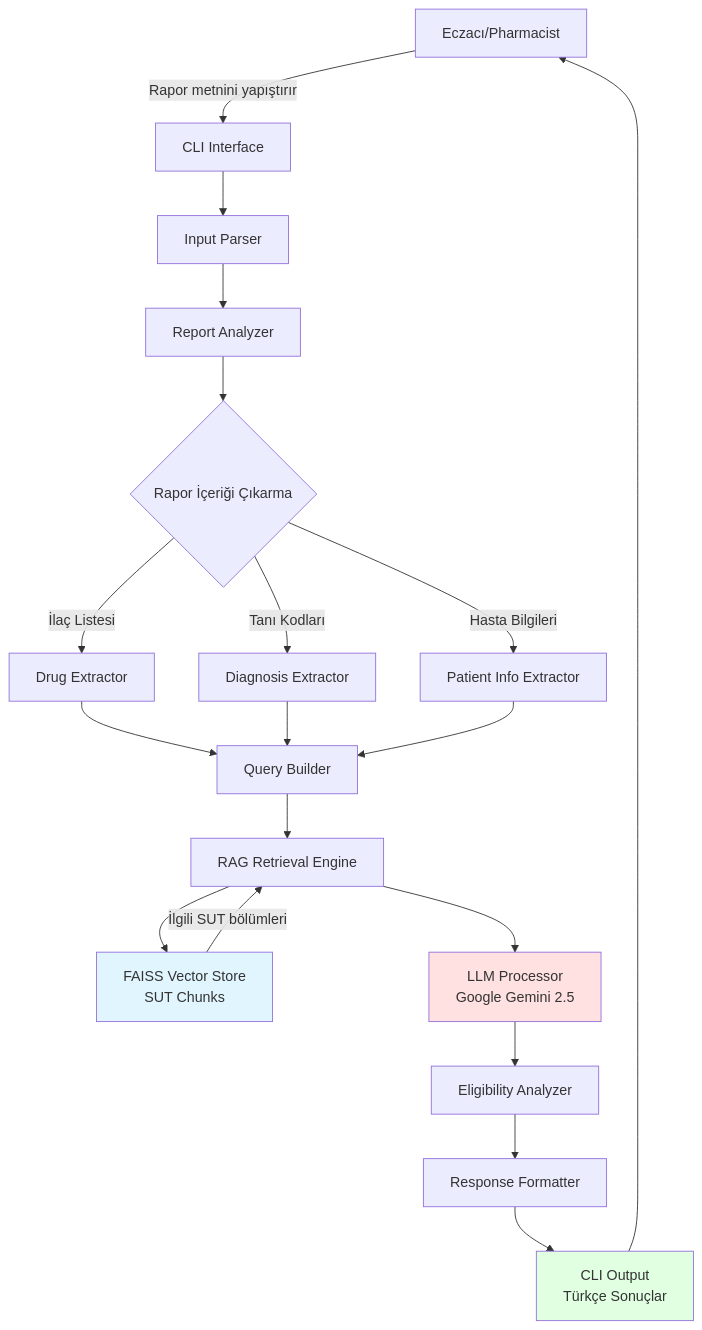
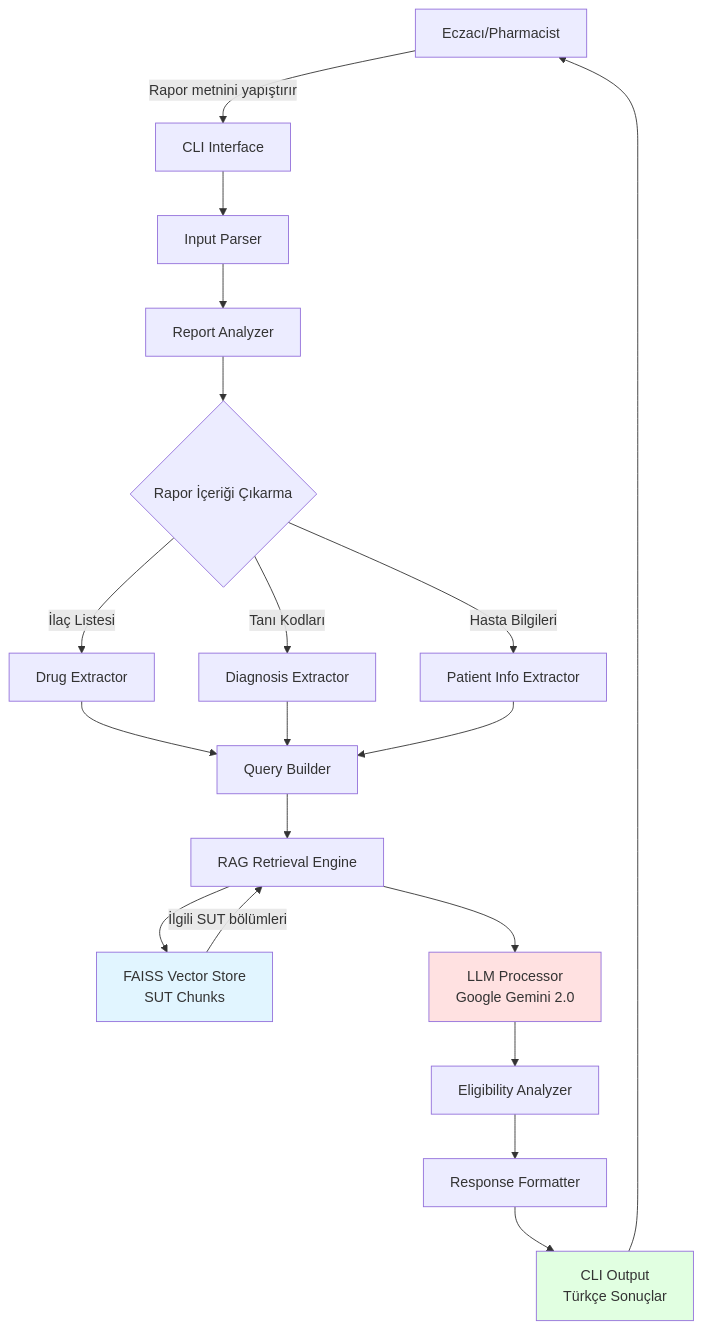
One commit to ozgurgulsoy/Pharmacy-Agent changed the first of 2 diagrams in architecture.md. Above: the diagram before and after it, drawn with Mermaid. The commit also changed other lines of this file and 1 other file, not shown here.

Commit message:
feat: Update LLM model to Google Gemini 2.0 for improved performance and consistency across documentation

````diff
--- a/architecture.md
+++ b/architecture.md
@@ -27,28 +27,28 @@
 ```mermaid
 graph TB
     A[Eczacı/Pharmacist] -->|Rapor metnini yapıştırır| B[CLI Interface]
     B --> C[Input Parser]
     C --> D[Report Analyzer]
     D --> E{Rapor İçeriği Çıkarma}
     E -->|İlaç Listesi| F[Drug Extractor]
     E -->|Tanı Kodları| G[Diagnosis Extractor]
     E -->|Hasta Bilgileri| H[Patient Info Extractor]
     
     F --> I[Query Builder]
     G --> I
     H --> I
     
     I --> J[RAG Retrieval Engine]
     J --> K[FAISS Vector Store<br/>SUT Chunks]
     K -->|İlgili SUT bölümleri| J
     
-    J --> L[LLM Processor<br/>Google Gemini 2.5]
+    J --> L[LLM Processor<br/>Google Gemini 2.0]
     L --> M[Eligibility Analyzer]
     M --> N[Response Formatter]
     N --> O[CLI Output<br/>Türkçe Sonuçlar]
     O --> A
     
     style K fill:#e1f5ff
     style L fill:#ffe1e1
     style O fill:#e1ffe1
 ```
````
